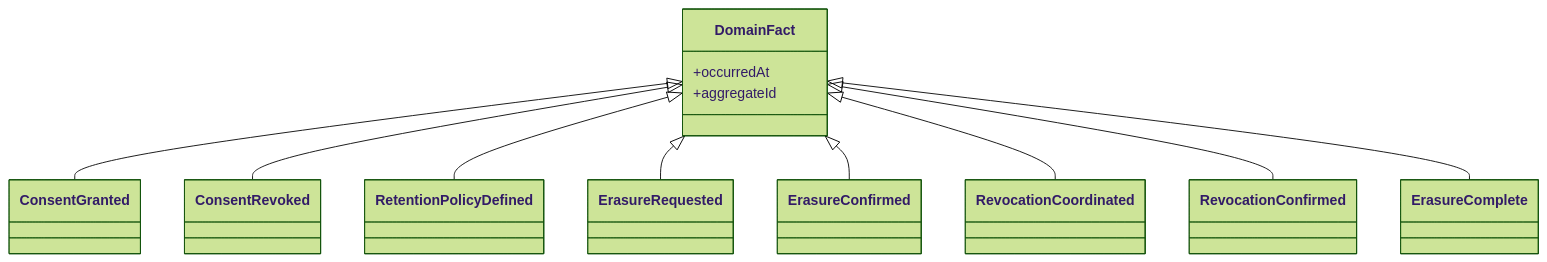
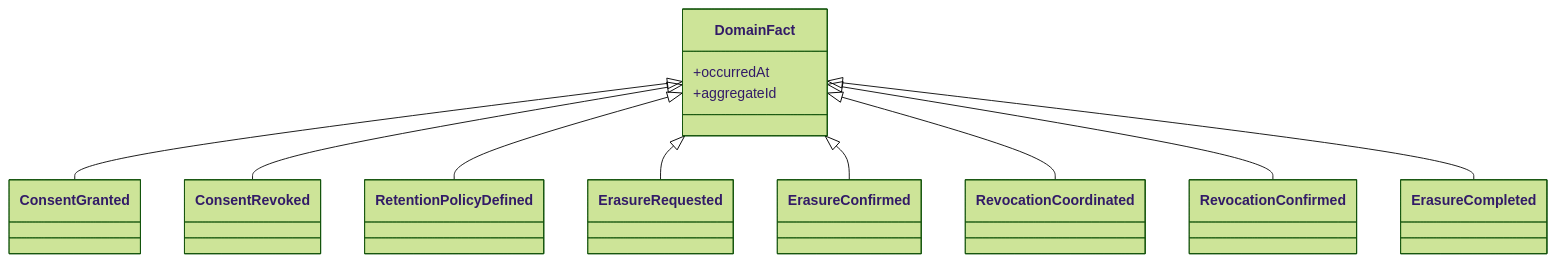
One commit to Morocoders-Arq-9056/votochain-api-backend changed the fourth of 4 diagrams in docs/Bounded Contexts/consent-compliance/domain-model.md. Above: the diagram before and after it, drawn with Mermaid (forest theme). The commit also changed other lines of this file and 12 other files, not shown here.

````diff
--- a/docs/Bounded Contexts/consent-compliance/domain-model.md
+++ b/docs/Bounded Contexts/consent-compliance/domain-model.md
@@ -319,15 +319,15 @@
 ```mermaid
 classDiagram
     class DomainFact {
         +occurredAt
         +aggregateId
     }
     DomainFact <|-- ConsentGranted
     DomainFact <|-- ConsentRevoked
     DomainFact <|-- RetentionPolicyDefined
     DomainFact <|-- ErasureRequested
     DomainFact <|-- ErasureConfirmed
     DomainFact <|-- RevocationCoordinated
     DomainFact <|-- RevocationConfirmed
-    DomainFact <|-- ErasureComplete
+    DomainFact <|-- ErasureCompleted
 ```
````
